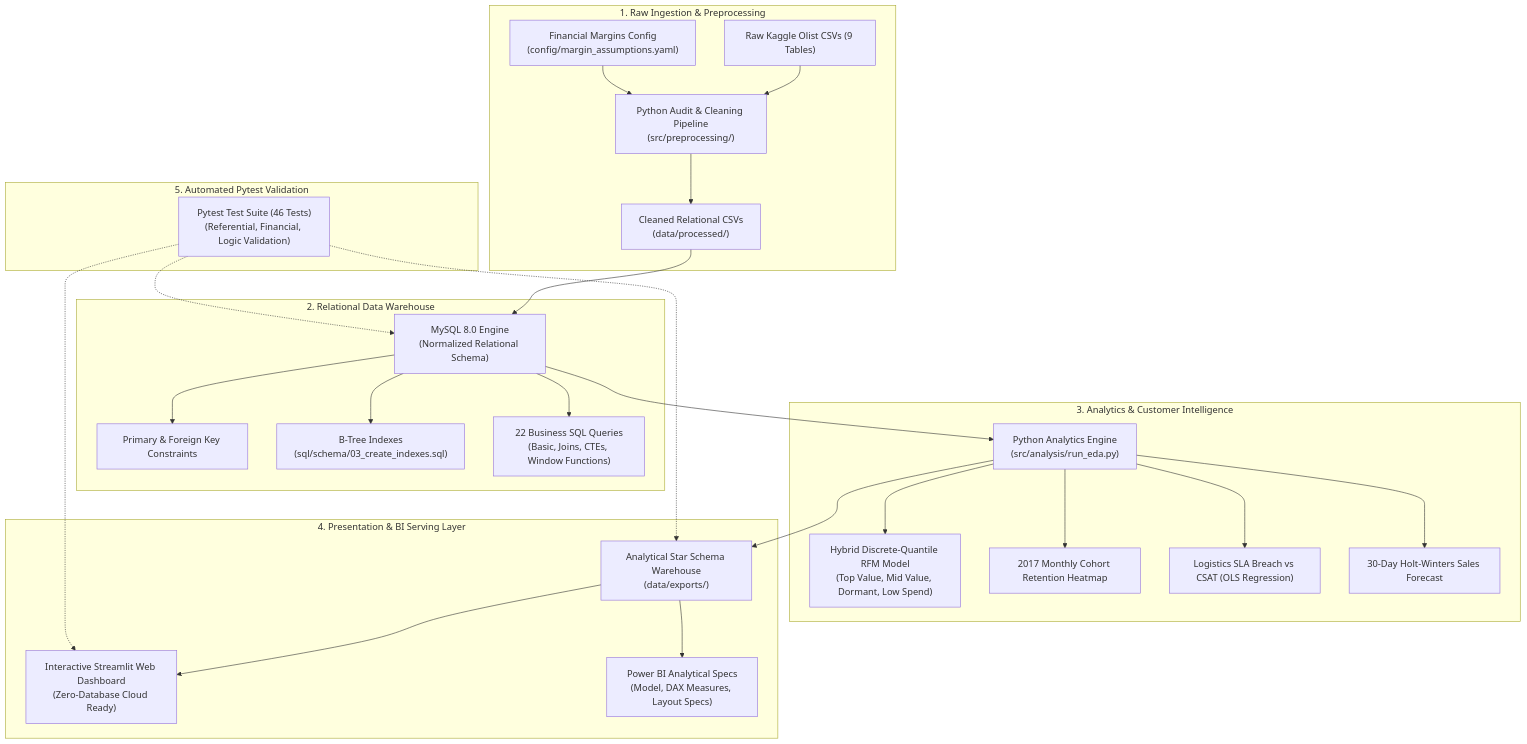
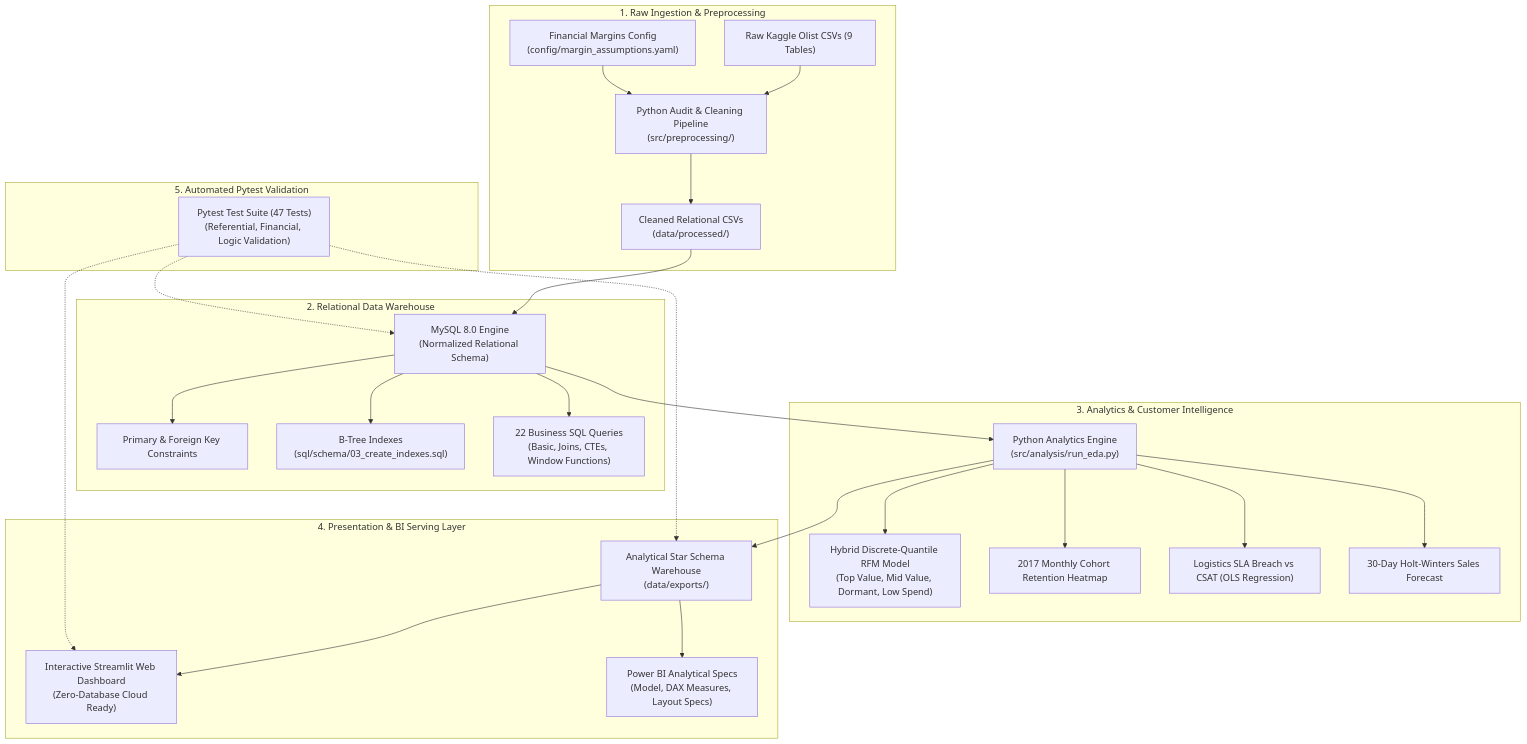
The diagram in README.md (Samk709/ecommerce-sales-customer-analytics), drawn with Mermaid before and after one commit. The commit also changed other lines of this file and 5 other files, not shown here.

````diff
--- a/README.md
+++ b/README.md
@@ -15,35 +15,35 @@
 ```mermaid
 flowchart TD
     subgraph Ingestion["1. Raw Ingestion & Preprocessing"]
         A["Raw Kaggle Olist CSVs (9 Tables)"] --> B["Python Audit & Cleaning Pipeline\n(src/preprocessing/)"]
         B --> C["Cleaned Relational CSVs\n(data/processed/)"]
         M["Financial Margins Config\n(config/margin_assumptions.yaml)"] --> B
     end
 
     subgraph Database["2. Relational Data Warehouse"]
         C --> D["MySQL 8.0 Engine\n(Normalized Relational Schema)"]
         D --> E["Primary & Foreign Key Constraints"]
         D --> F["B-Tree Indexes\n(sql/schema/03_create_indexes.sql)"]
         D --> G["22 Business SQL Queries\n(Basic, Joins, CTEs, Window Functions)"]
     end
 
     subgraph Intelligence["3. Analytics & Customer Intelligence"]
         D --> H["Python Analytics Engine\n(src/analysis/run_eda.py)"]
         H --> I["Hybrid Discrete-Quantile RFM Model\n(Top Value, Mid Value, Dormant, Low Spend)"]
         H --> J["2017 Monthly Cohort Retention Heatmap"]
         H --> K["Logistics SLA Breach vs CSAT (OLS Regression)"]
         H --> L["30-Day Holt-Winters Sales Forecast"]
     end
 
     subgraph Serving["4. Presentation & BI Serving Layer"]
         H --> N["Analytical Star Schema Warehouse\n(data/exports/)"]
         N --> O["Interactive Streamlit Web Dashboard\n(Zero-Database Cloud Ready)"]
         N --> P["Power BI Analytical Specs\n(Model, DAX Measures, Layout Specs)"]
     end
 
     subgraph Quality["5. Automated Pytest Validation"]
-        Q["Pytest Test Suite (46 Tests)\n(Referential, Financial, Logic Validation)"] -.-> D
+        Q["Pytest Test Suite (47 Tests)\n(Referential, Financial, Logic Validation)"] -.-> D
         Q -.-> N
         Q -.-> O
     end
 ```
````
